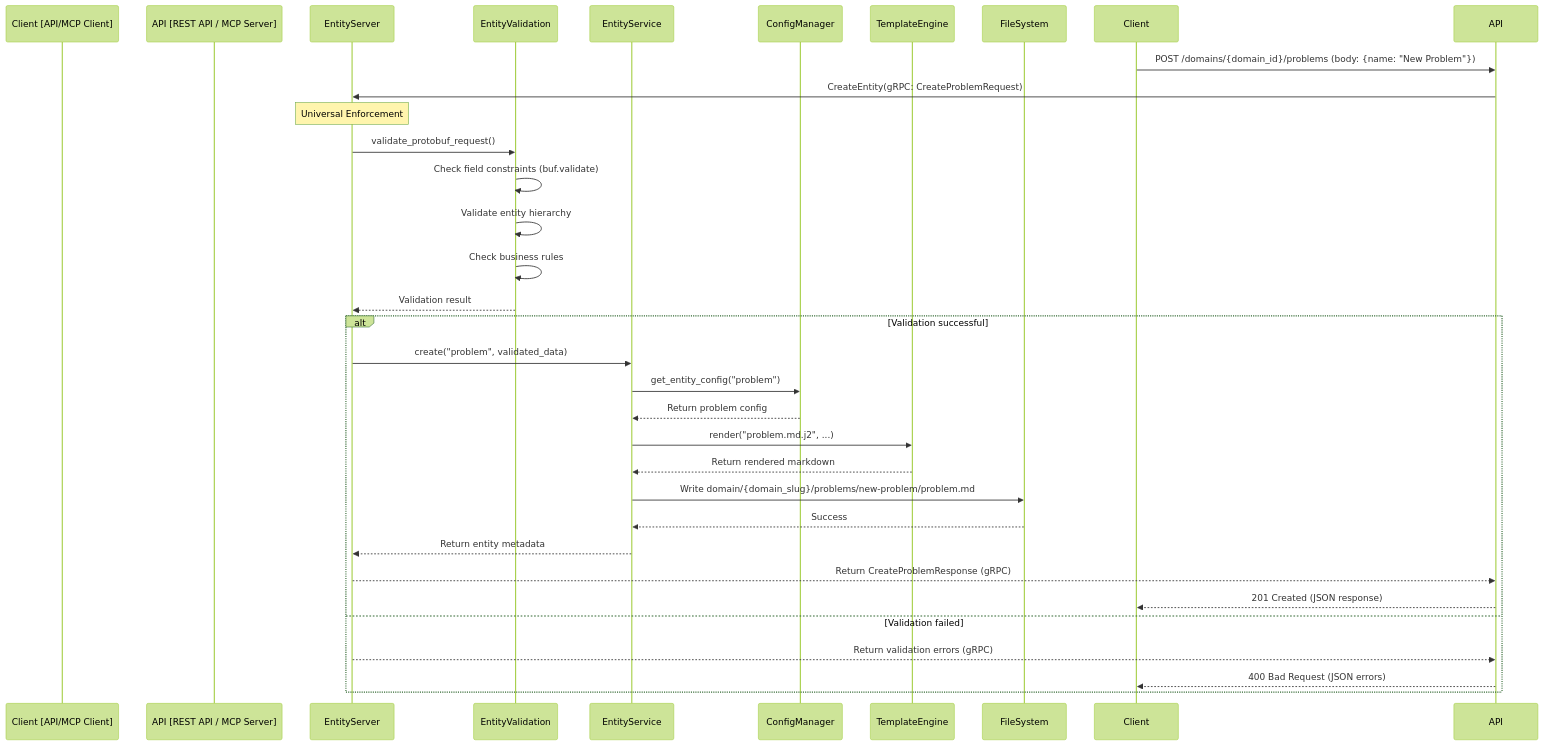
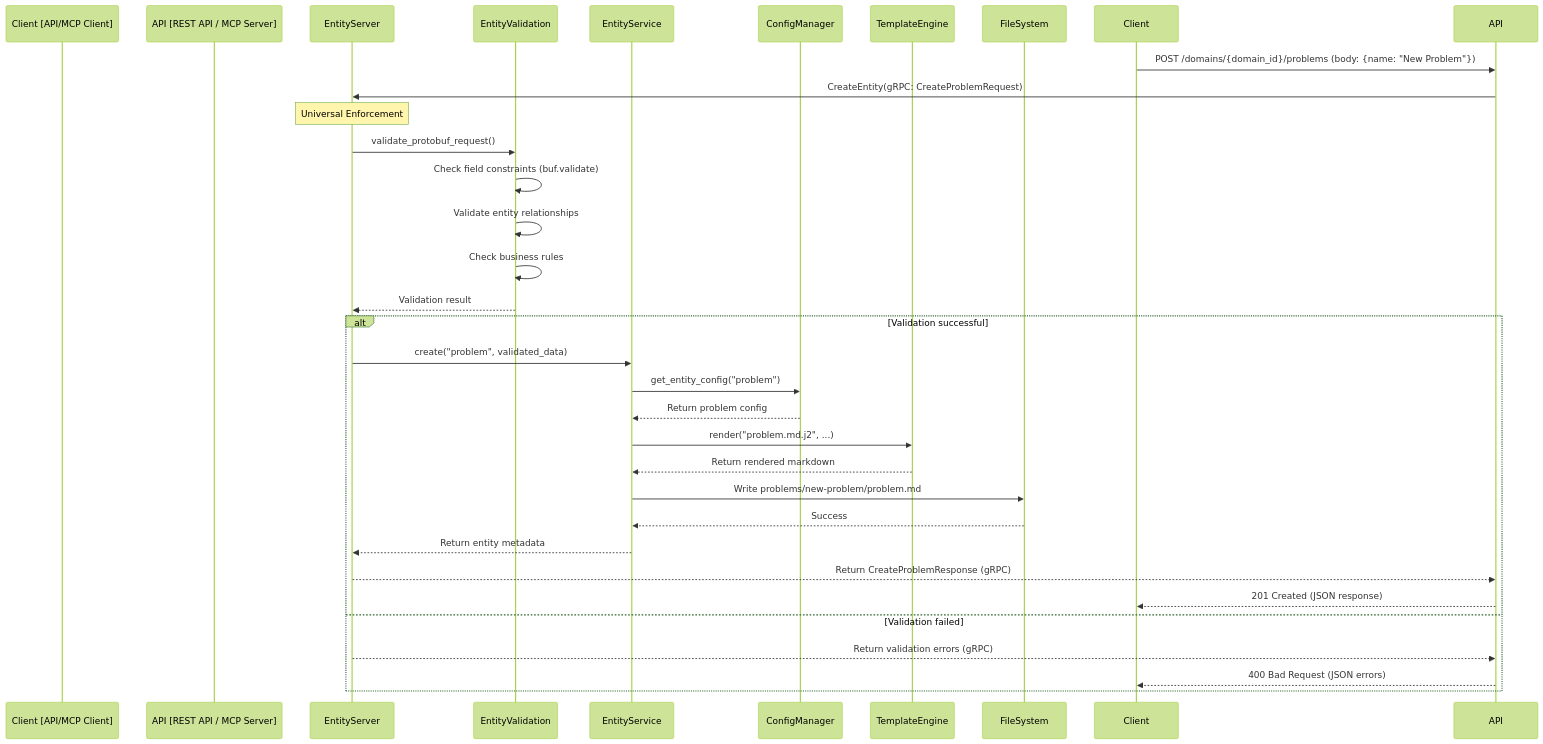
The fourth of 4 diagrams in docs/ARCHITECTURE_VISUALIZATION.md (the-greenman/semops2), drawn with Mermaid (forest theme) before and after one commit. The commit also changed 19 other files, not shown here.

````diff
--- a/docs/ARCHITECTURE_VISUALIZATION.md
+++ b/docs/ARCHITECTURE_VISUALIZATION.md
@@ -201,37 +201,37 @@
 ```mermaid
 sequenceDiagram
     participant Client [API/MCP Client]
     participant API [REST API / MCP Server]
     participant EntityServer
     participant EntityValidation
     participant EntityService
     participant ConfigManager
     participant TemplateEngine
     participant FileSystem
 
     Client->>API: POST /domains/{domain_id}/problems (body: {name: "New Problem"})
     API->>EntityServer: CreateEntity(gRPC: CreateProblemRequest)
 
     Note over EntityServer: Universal Enforcement
     EntityServer->>EntityValidation: validate_protobuf_request()
     EntityValidation->>EntityValidation: Check field constraints (buf.validate)
-    EntityValidation->>EntityValidation: Validate entity hierarchy
+    EntityValidation->>EntityValidation: Validate entity relationships
     EntityValidation->>EntityValidation: Check business rules
     EntityValidation-->>EntityServer: Validation result
 
     alt Validation successful
         EntityServer->>EntityService: create("problem", validated_data)
         EntityService->>ConfigManager: get_entity_config("problem")
         ConfigManager-->>EntityService: Return problem config
         EntityService->>TemplateEngine: render("problem.md.j2", ...)
         TemplateEngine-->>EntityService: Return rendered markdown
-        EntityService->>FileSystem: Write domain/{domain_slug}/problems/new-problem/problem.md
+        EntityService->>FileSystem: Write problems/new-problem/problem.md
         FileSystem-->>EntityService: Success
         EntityService-->>EntityServer: Return entity metadata
         EntityServer-->>API: Return CreateProblemResponse (gRPC)
         API-->>Client: 201 Created (JSON response)
     else Validation failed
         EntityServer-->>API: Return validation errors (gRPC)
         API-->>Client: 400 Bad Request (JSON errors)
     end
 ```
````
